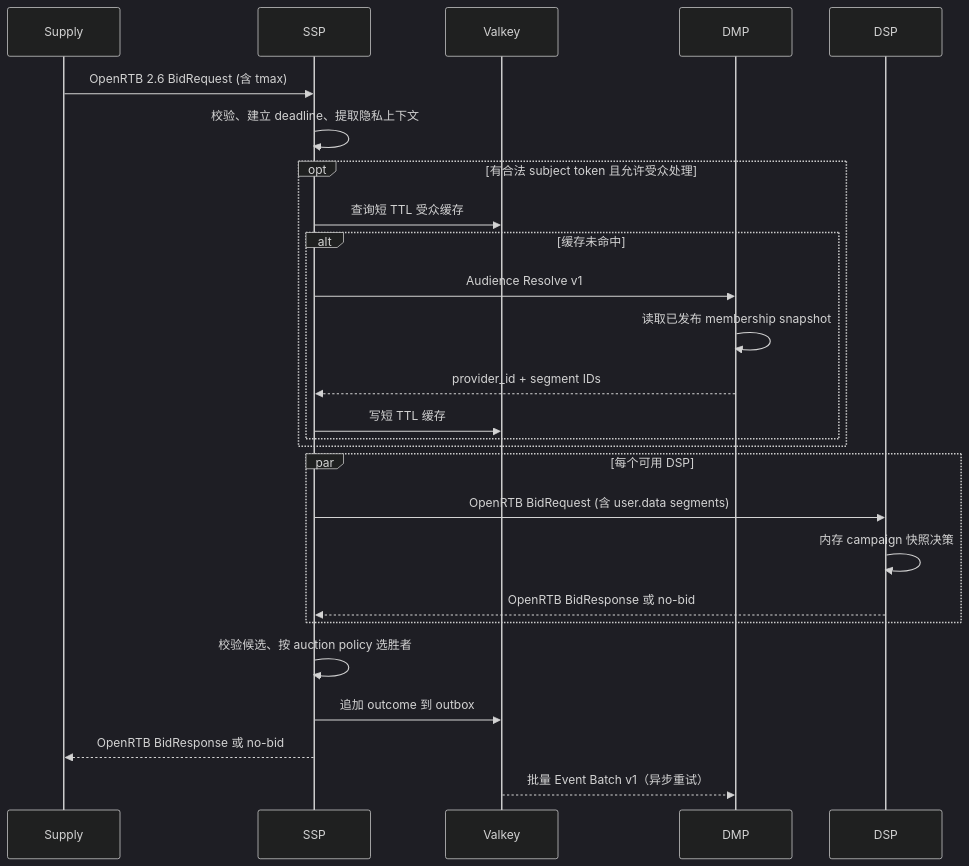
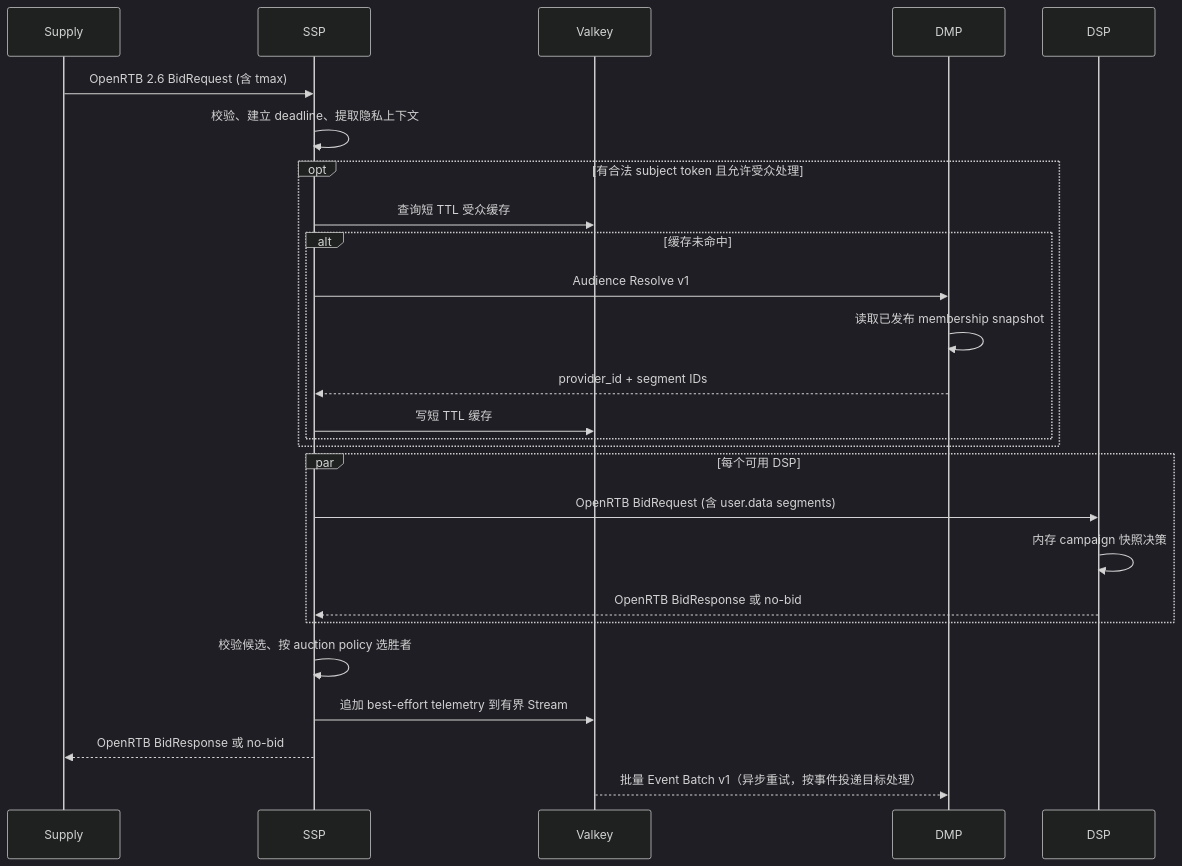
The first of 4 diagrams in docs/design/HLD.md (songfei1983/open-ads), drawn with Mermaid (dark theme) before and after one commit. The commit also changed other lines of this file and 3 other files, not shown here.

Commit message:
docs: 完善广告系统设计与 ER 图

````diff
--- a/docs/design/HLD.md
+++ b/docs/design/HLD.md
@@ -24,28 +24,28 @@
 ```mermaid
 sequenceDiagram
   participant S as Supply
   participant P as SSP
   participant V as Valkey
   participant M as DMP
   participant B as DSP
   S->>P: OpenRTB 2.6 BidRequest (含 tmax)
   P->>P: 校验、建立 deadline、提取隐私上下文
   opt 有合法 subject token 且允许受众处理
     P->>V: 查询短 TTL 受众缓存
     alt 缓存未命中
       P->>M: Audience Resolve v1
       M->>M: 读取已发布 membership snapshot
       M-->>P: provider_id + segment IDs
       P->>V: 写短 TTL 缓存
     end
   end
   par 每个可用 DSP
     P->>B: OpenRTB BidRequest (含 user.data segments)
     B->>B: 内存 campaign 快照决策
     B-->>P: OpenRTB BidResponse 或 no-bid
   end
   P->>P: 校验候选、按 auction policy 选胜者
-  P->>V: 追加 outcome 到 outbox
+  P->>V: 追加 best-effort telemetry 到有界 Stream
   P-->>S: OpenRTB BidResponse 或 no-bid
-  V-->>M: 批量 Event Batch v1（异步重试）
+  V-->>M: 批量 Event Batch v1（异步重试，按事件投递目标处理）
 ```
````
